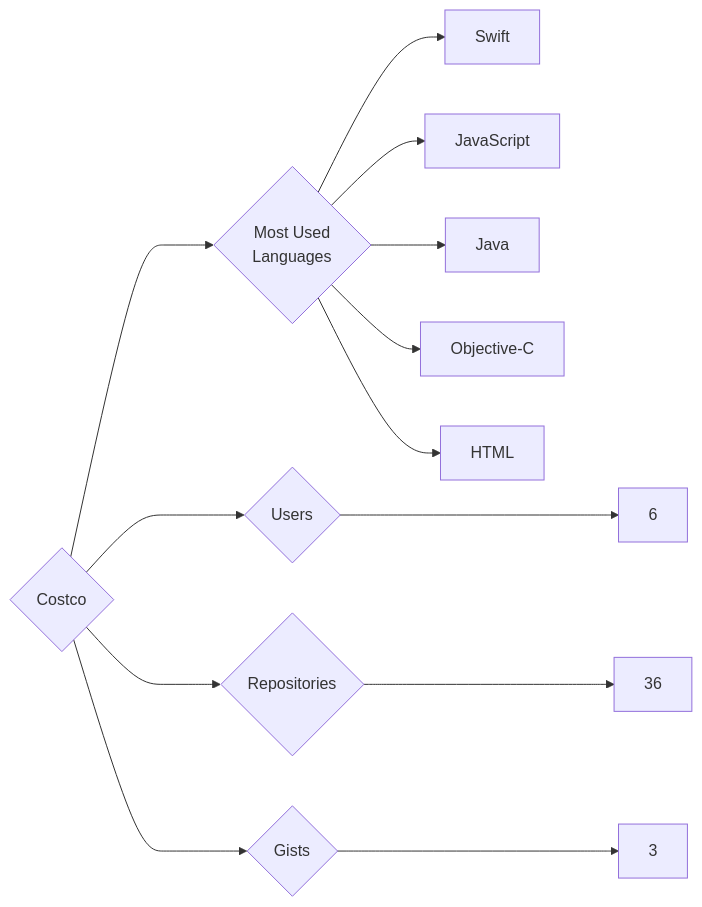
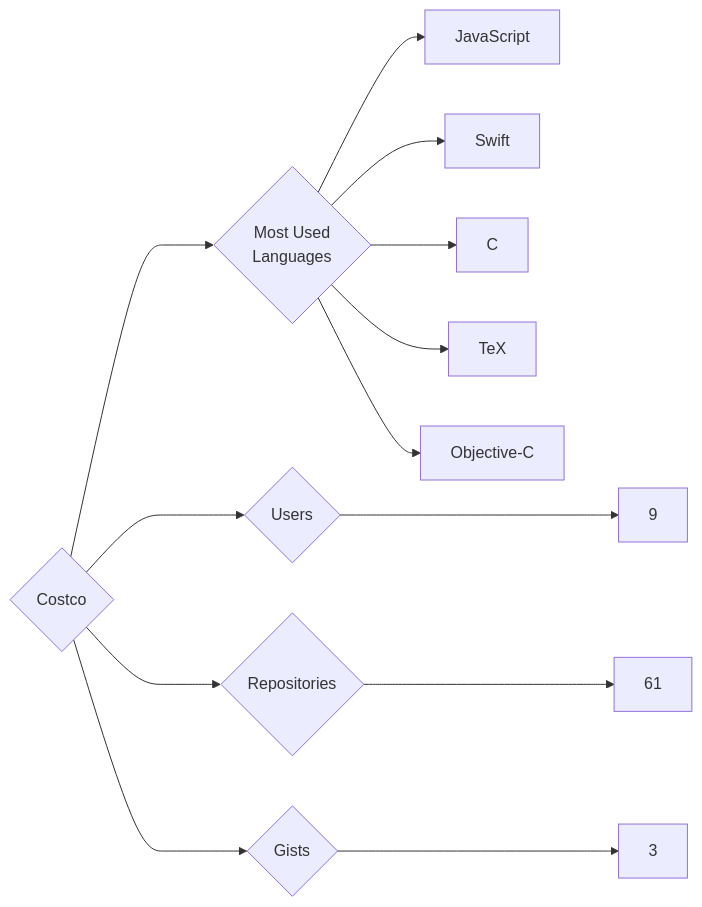
One commit to trickest/insiders changed the diagram in targets/Costco/README.md. Above: the diagram before and after it, drawn with Mermaid. The commit also changed 1148 other files, not shown here.

````diff
--- a/targets/Costco/README.md
+++ b/targets/Costco/README.md
@@ -3,13 +3,13 @@
 ```mermaid
 graph LR
 COMPANY_NAME{Costco}
-COMPANY_NAME ---> U{Users} ---> UN[6]
-COMPANY_NAME ---> R{Repositories} ---> RN[36]
+COMPANY_NAME ---> U{Users} ---> UN[9]
+COMPANY_NAME ---> R{Repositories} ---> RN[61]
 COMPANY_NAME ---> G{Gists} ---> GN[3]
 COMPANY_NAME ---> ML{Most Used<br>Languages}
+ML --> JavaScript[JavaScript]
 ML --> Swift[Swift]
-ML --> JavaScript[JavaScript]
-ML --> Java[Java]
+ML --> C[C]
+ML --> TeX[TeX]
 ML --> Objective-C[Objective-C]
-ML --> HTML[HTML]
 ```
````
